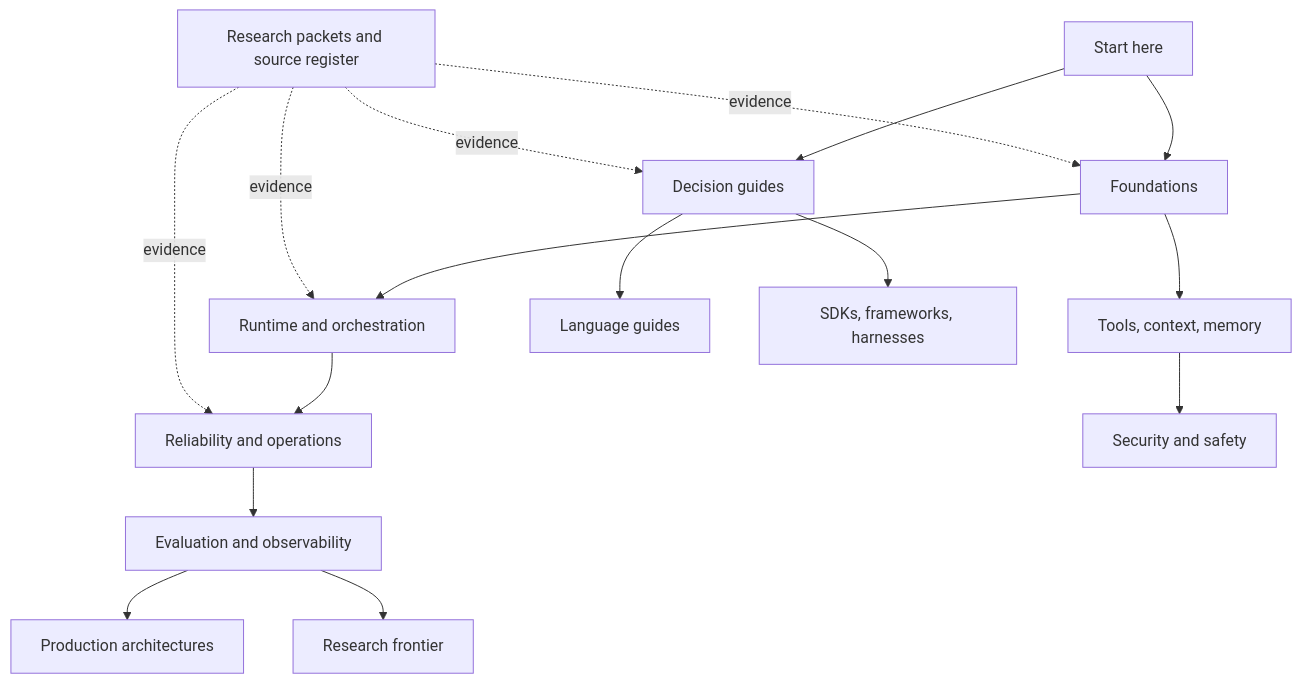
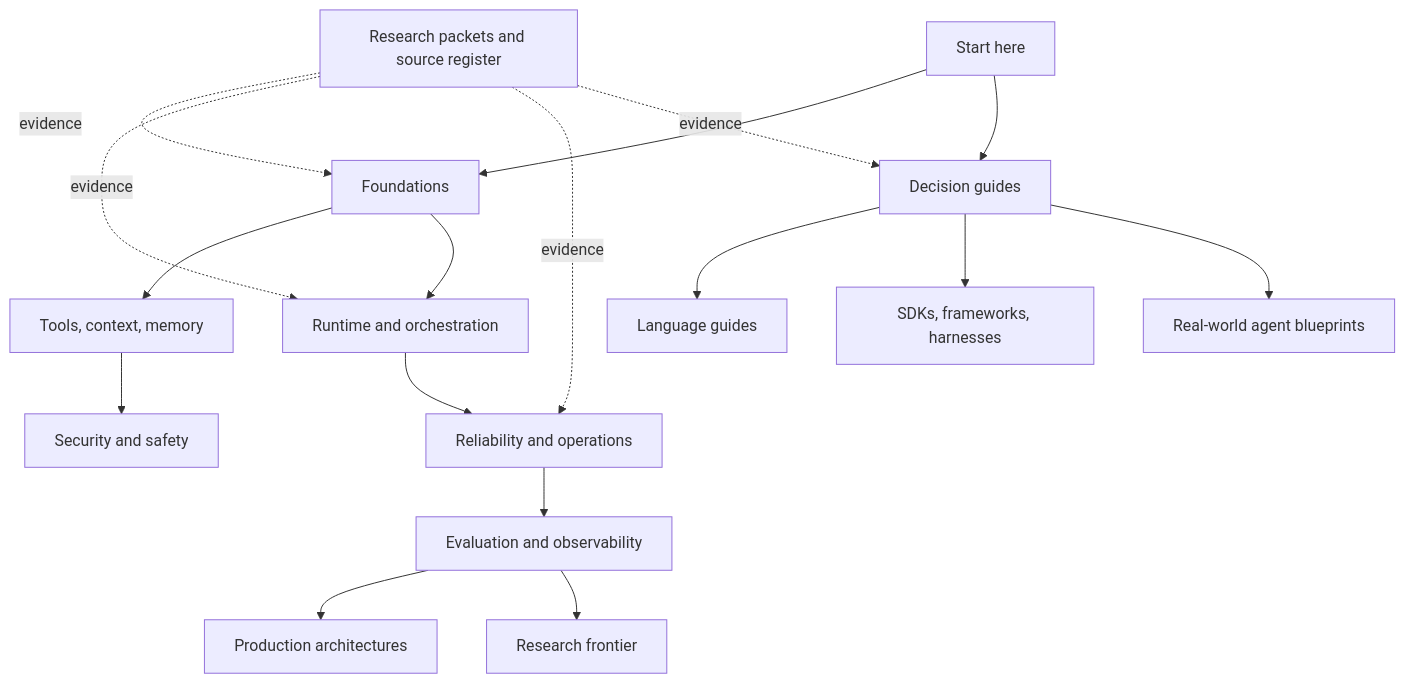
Before and after one commit to lofingoindia/agent-master-guide-playbook: the diagram in README.md, drawn with Mermaid. The commit also changed other lines of this file and 958 other files, not shown here.

````diff
--- a/README.md
+++ b/README.md
@@ -43,18 +64,19 @@
 ```mermaid
 flowchart TD
     ROOT["Start here"] --> F["Foundations"]
     ROOT --> D["Decision guides"]
     F --> T["Tools, context, memory"]
     F --> R["Runtime and orchestration"]
     R --> P["Reliability and operations"]
     T --> S["Security and safety"]
     P --> E["Evaluation and observability"]
     D --> L["Language guides"]
     D --> K["SDKs, frameworks, harnesses"]
     E --> A["Production architectures"]
+    D --> W["Real-world agent blueprints"]
     E --> X["Research frontier"]
     Q["Research packets and source register"] -. evidence .-> F
     Q -. evidence .-> R
     Q -. evidence .-> P
     Q -. evidence .-> D
 ```
````
